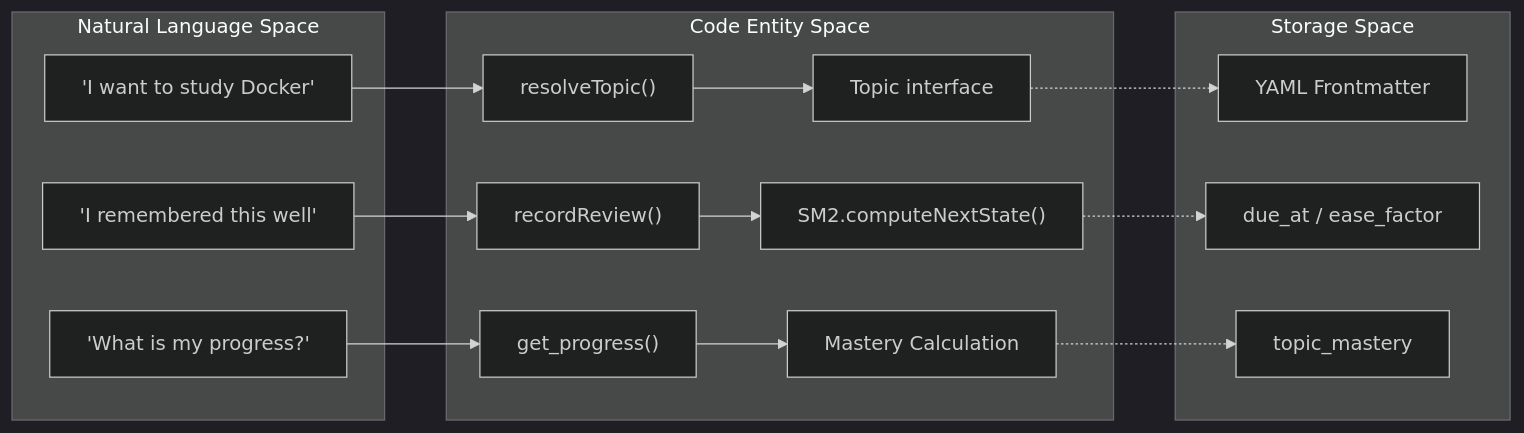
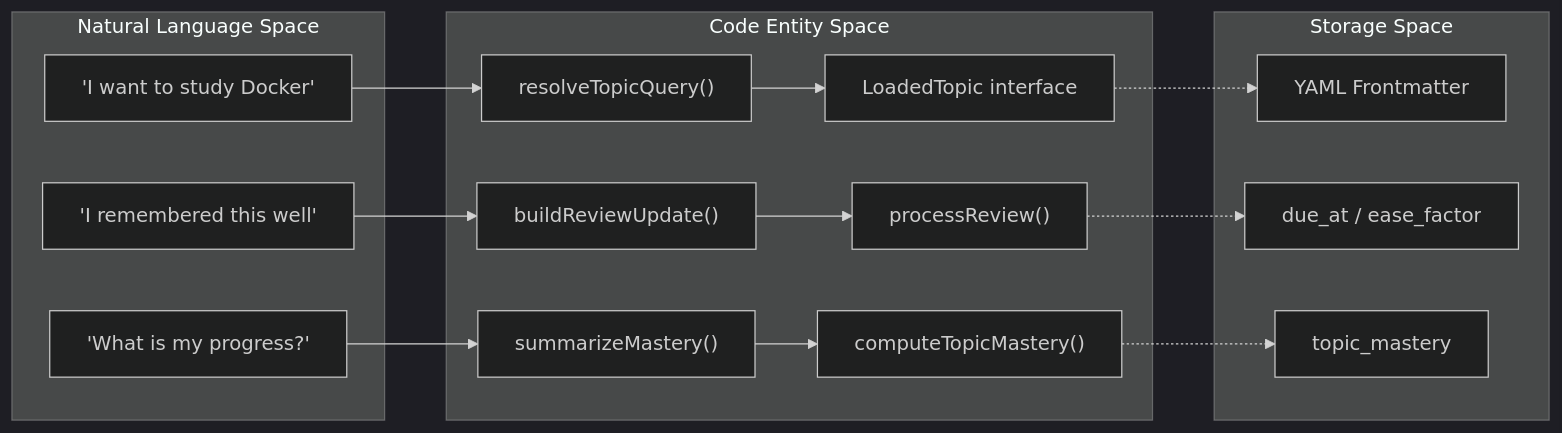
One commit to Kuldeep2822k/cli changed the first of 2 diagrams in docs/01-2-architecture-overview.md. Above: the diagram before and after it, drawn with Mermaid (dark theme). The commit also changed other lines of this file and 77 other files, not shown here.

````diff
--- a/docs/01-2-architecture-overview.md
+++ b/docs/01-2-architecture-overview.md
@@ -51,30 +61,30 @@
 ```mermaid
 flowchart LR
     subgraph subGraph2 ["Storage Space"]
         J["YAML Frontmatter"]
         K["due_at / ease_factor"]
         L["topic_mastery"]
     end
     subgraph subGraph1 ["Code Entity Space"]
-        D["resolveTopic()"]
-        E["Topic interface"]
-        F["recordReview()"]
-        G["SM2.computeNextState()"]
-        H["get_progress()"]
-        I["Mastery Calculation"]
+        D["resolveTopicQuery()"]
+        E["LoadedTopic interface"]
+        F["buildReviewUpdate()"]
+        G["processReview()"]
+        H["summarizeMastery()"]
+        I["computeTopicMastery()"]
     end
     subgraph subGraph0 ["Natural Language Space"]
         A["'I want to study Docker'"]
         B["'I remembered this well'"]
         C["'What is my progress?'"]
     end
     A --> D
     D --> E
     B --> F
     F --> G
     C --> H
     H --> I
     E -.-> J
     G -.-> K
     I -.-> L
 ```
````
